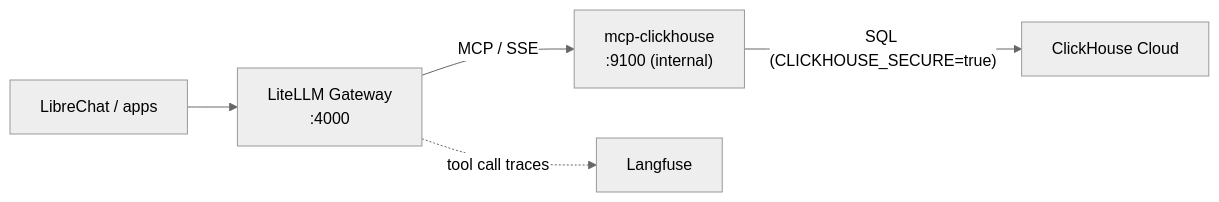
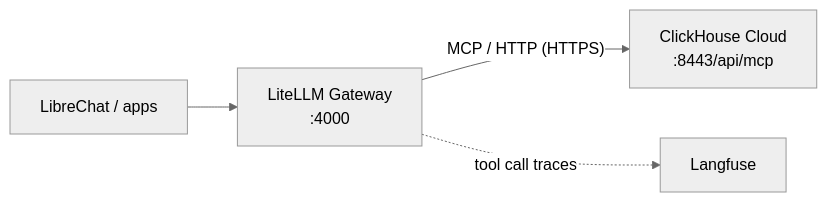
One commit to litkhai/llmops-in-a-box changed the fourth of 4 diagrams in docs/configuration.md. Above: the diagram before and after it, drawn with Mermaid (neutral theme). The commit also changed other lines of this file and 6 other files, not shown here.

First line of the commit message:
feat: replace mcp-clickhouse container with ClickHouse Cloud native MCP

````diff
--- a/docs/configuration.md
+++ b/docs/configuration.md
@@ -382,12 +382,10 @@
 ```mermaid
 flowchart LR
     LC["LibreChat / apps"]
     GW["LiteLLM Gateway\n:4000"]
-    MCP["mcp-clickhouse\n:9100 (internal)"]
-    CH["ClickHouse Cloud"]
+    CH["ClickHouse Cloud\n:8443/api/mcp"]
 
     LC --> GW
-    GW -- "MCP / SSE" --> MCP
-    MCP -- "SQL (CLICKHOUSE_SECURE=true)" --> CH
+    GW -- "MCP / HTTP (HTTPS)" --> CH
     GW -. "tool call traces" .-> LF["Langfuse"]
 ```
````
